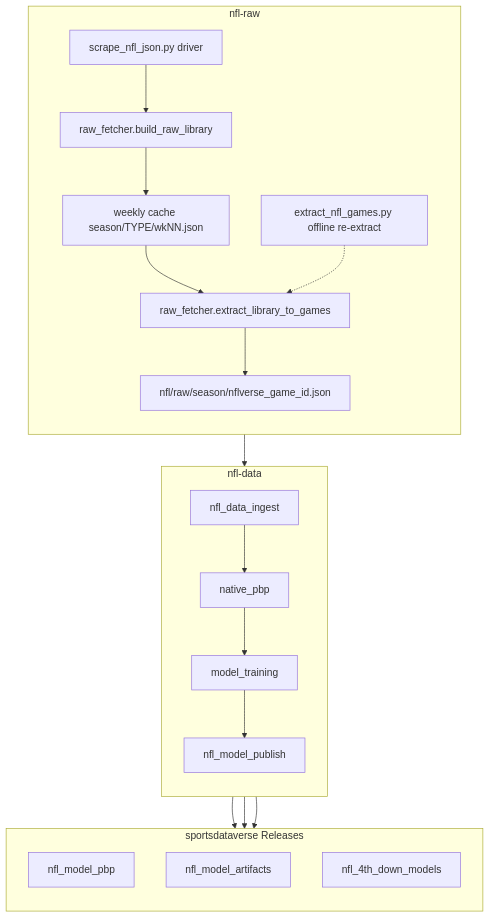
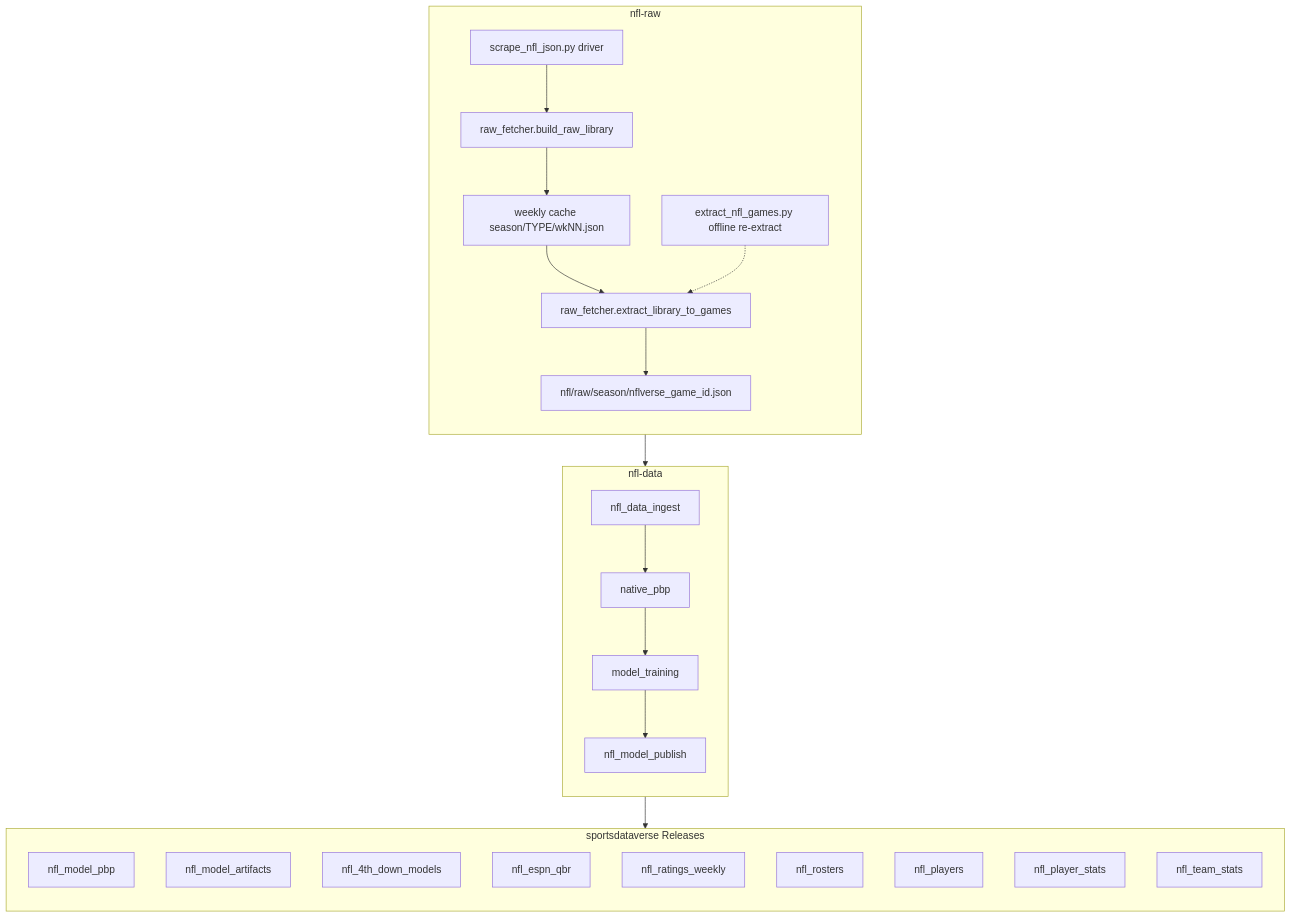
One commit to sportsdataverse/nfl-raw changed the second of 2 diagrams in README.md. Above: the diagram before and after it, drawn with Mermaid. The commit also changed other lines of this file, not shown here.

````diff
--- a/README.md
+++ b/README.md
@@ -21,30 +27,34 @@
 ```mermaid
 flowchart TB;
     subgraph A[nfl-raw];
         direction TB;
         A1[scrape_nfl_json.py driver]-->A2[raw_fetcher.build_raw_library];
         A2-->A3[weekly cache season/TYPE/wkNN.json];
         A3-->A4[raw_fetcher.extract_library_to_games];
         A4-->A5[nfl/raw/season/nflverse_game_id.json];
         A6[extract_nfl_games.py offline re-extract]-.->A4;
     end;
 
     subgraph B[nfl-data];
         direction TB;
         B1[nfl_data_ingest]-->B2[native_pbp];
         B2-->B3[model_training];
         B3-->B4[nfl_model_publish];
     end;
 
     subgraph C[sportsdataverse Releases];
         direction TB;
         C1[nfl_model_pbp];
         C2[nfl_model_artifacts];
         C3[nfl_4th_down_models];
+        C4[nfl_espn_qbr];
+        C5[nfl_ratings_weekly];
+        C6[nfl_rosters];
+        C7[nfl_players];
+        C8[nfl_player_stats];
+        C9[nfl_team_stats];
     end;
 
     A-->B;
-    B-->C1;
-    B-->C2;
-    B-->C3;
+    B-->C;
 ```
````
